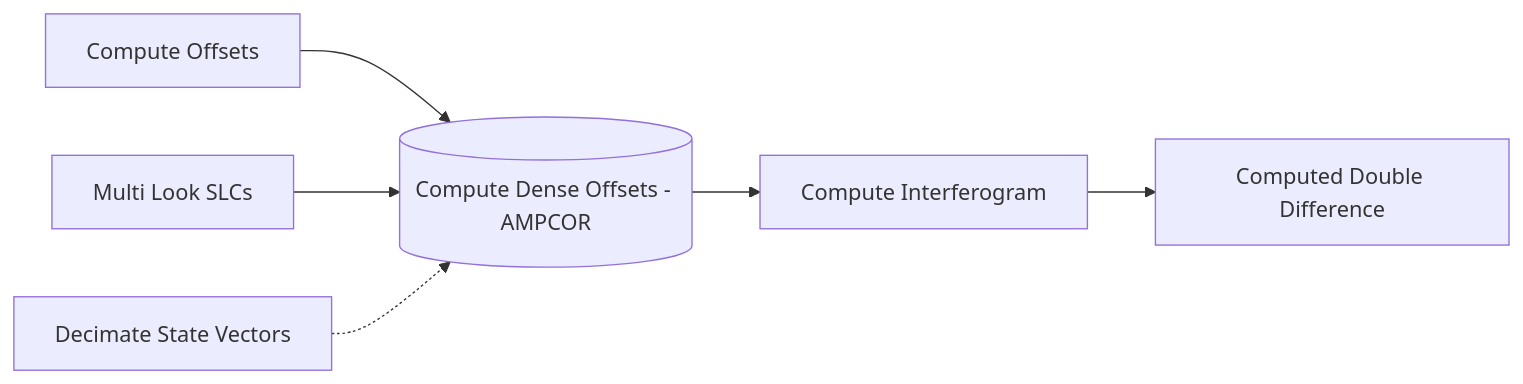
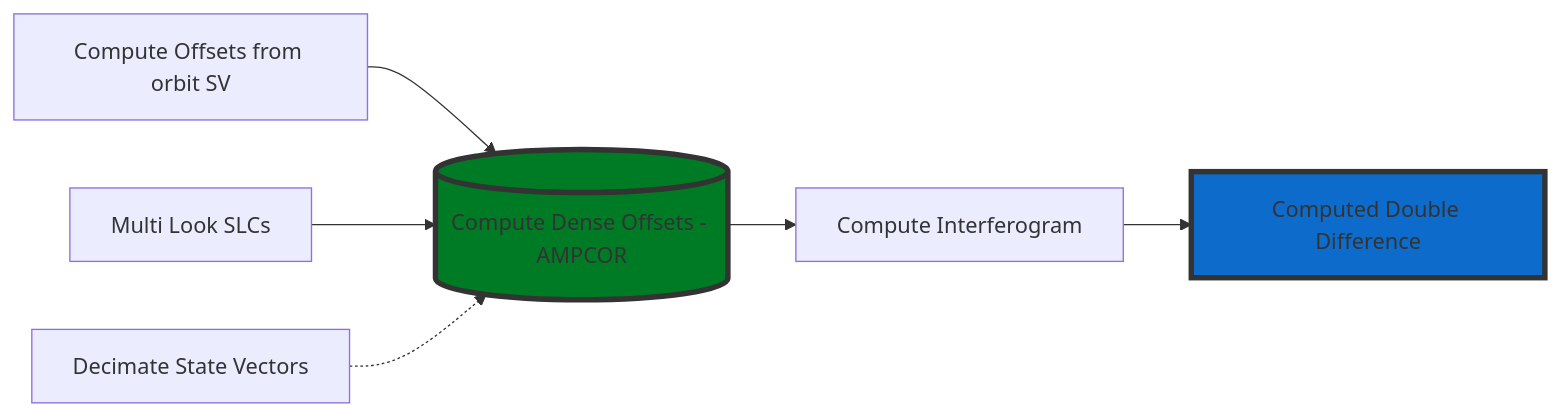
One commit to insarwxw/iceye_gamma_proc changed the diagram in README.md. Above: the diagram before and after it, drawn with Mermaid.

Commit message:
mermaid flowchard added to README file + Colors.

````diff
--- a/README.md
+++ b/README.md
@@ -29,9 +29,11 @@
 ```mermaid
   graph LR;
-      A[Compute Offsets]-->D[(Compute Dense Offsets - AMPCOR)];
+      A[Compute Offsets from orbit SV]-->D[(Compute Dense Offsets - AMPCOR)];
       B[Multi Look SLCs]-->D;
       C[Decimate State Vectors]-.->D;
       D-->E[Compute Interferogram];
       E-->F[Computed Double Difference];
+      style D fill:#007b25,stroke:#333,stroke-width:4px
+      style F fill:#0d6ccb,stroke:#333,stroke-width:4px
 
 ```
````
